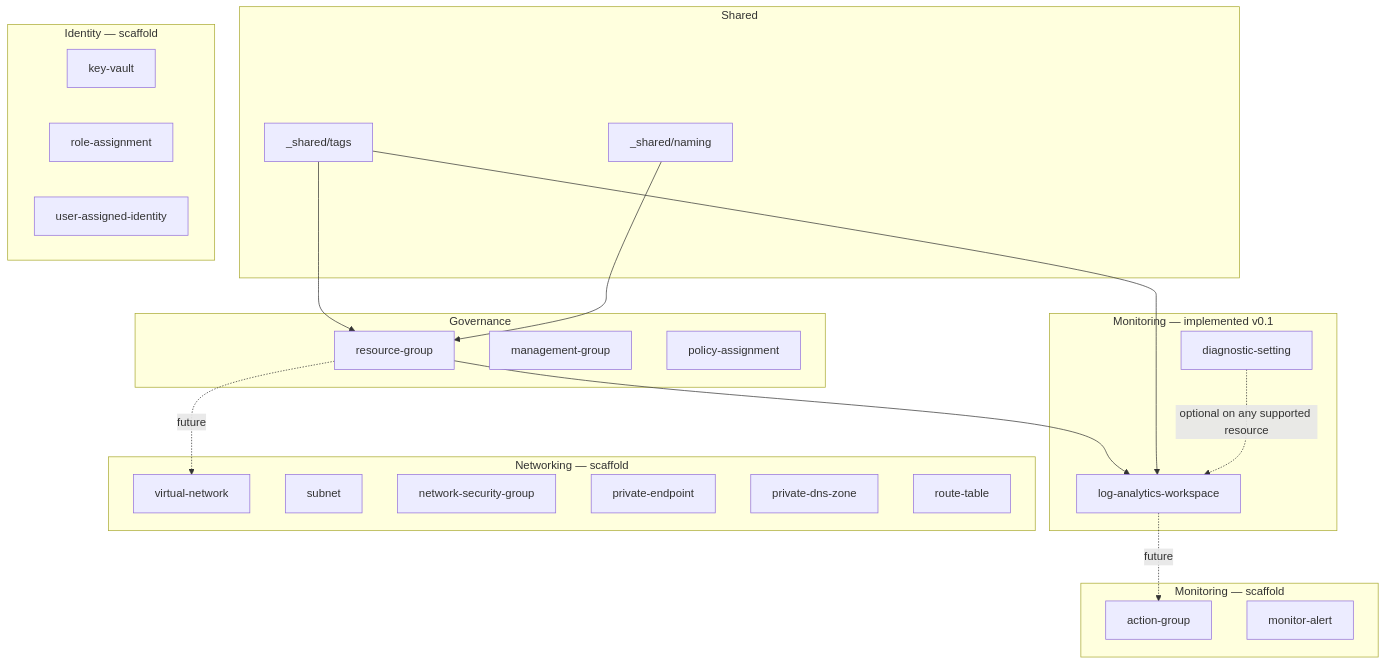
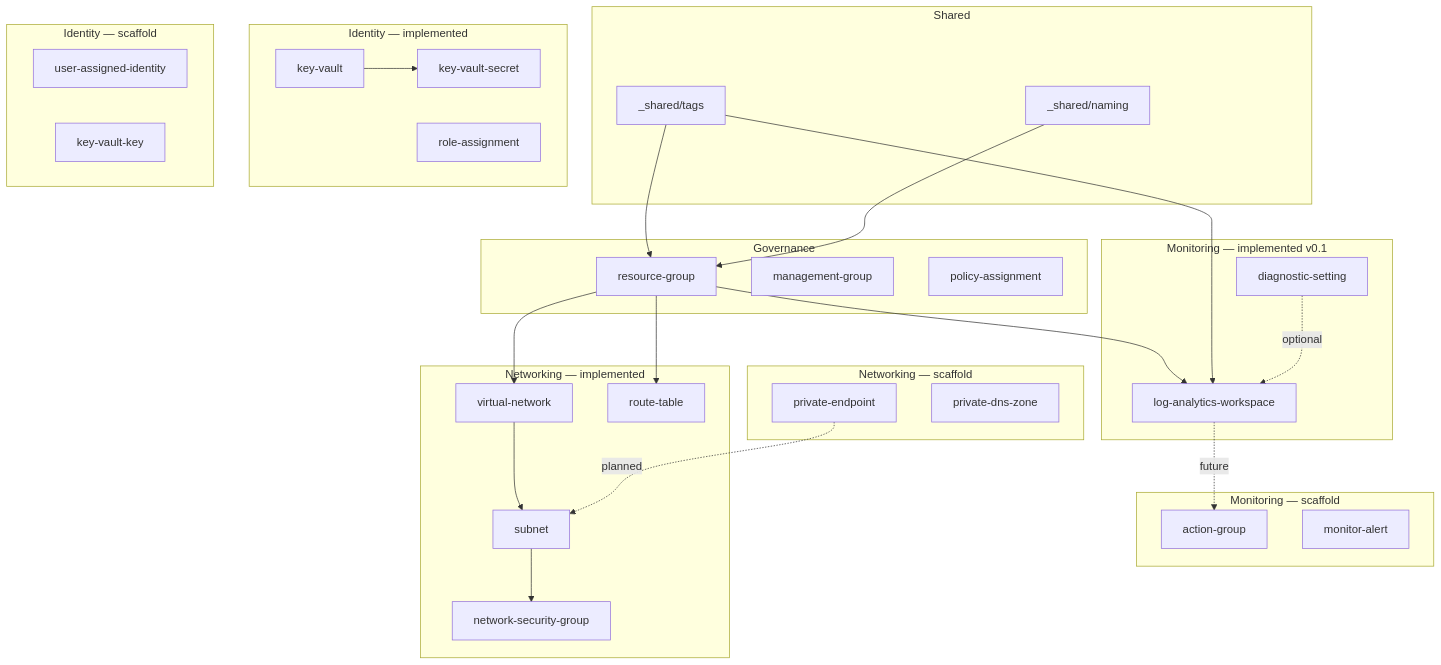
The diagram in terraform-azure-modules/README.md (LosXs/Terraform-Modules), drawn with Mermaid before and after one commit. The commit also changed other lines of this file and 46 other files, not shown here.

````diff
--- a/terraform-azure-modules/README.md
+++ b/terraform-azure-modules/README.md
@@ -70,46 +77,59 @@
 ```mermaid
 graph TD
   subgraph Shared
     TAGS[_shared/tags]
     NAMING[_shared/naming]
   end
 
   subgraph Governance
     RG[resource-group]
     MG[management-group]
     PA[policy-assignment]
   end
 
   subgraph Monitoring_v01[Monitoring — implemented v0.1]
     LAW[log-analytics-workspace]
     DIAG[diagnostic-setting]
   end
 
   subgraph Monitoring_future[Monitoring — scaffold]
     AG[action-group]
     MA[monitor-alert]
   end
 
-  subgraph Networking[Networking — scaffold]
+  subgraph Networking_impl[Networking — implemented]
     VNET[virtual-network]
     SNET[subnet]
     NSG[network-security-group]
-    PE[private-endpoint]
-    PDNS[private-dns-zone]
     RT[route-table]
   end
 
-  subgraph Security[Identity — scaffold]
+  subgraph Networking_future[Networking — scaffold]
+    PE[private-endpoint]
+    PDNS[private-dns-zone]
+  end
+
+  subgraph Security_impl[Identity — implemented]
     KV[key-vault]
+    KVS[key-vault-secret]
     RBAC[role-assignment]
+  end
+
+  subgraph Security_future[Identity — scaffold]
     UAI[user-assigned-identity]
+    KVK[key-vault-key]
   end
 
   TAGS --> RG
   NAMING --> RG
   RG --> LAW
   TAGS --> LAW
-  DIAG -.->|optional on any supported resource| LAW
-  RG -.->|future| VNET
+  RG --> VNET
+  VNET --> SNET
+  SNET --> NSG
+  RG --> RT
+  DIAG -.->|optional| LAW
+  KV --> KVS
   LAW -.->|future| AG
+  PE -.->|planned| SNET
 ```
````
